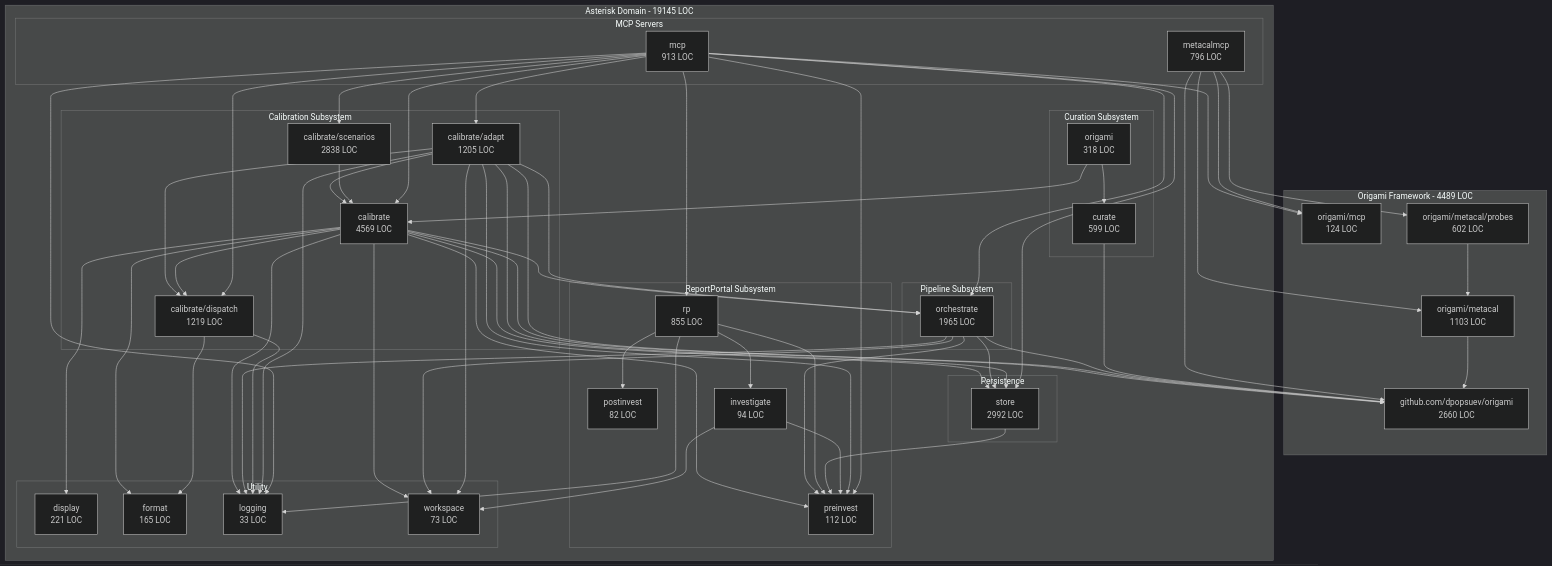
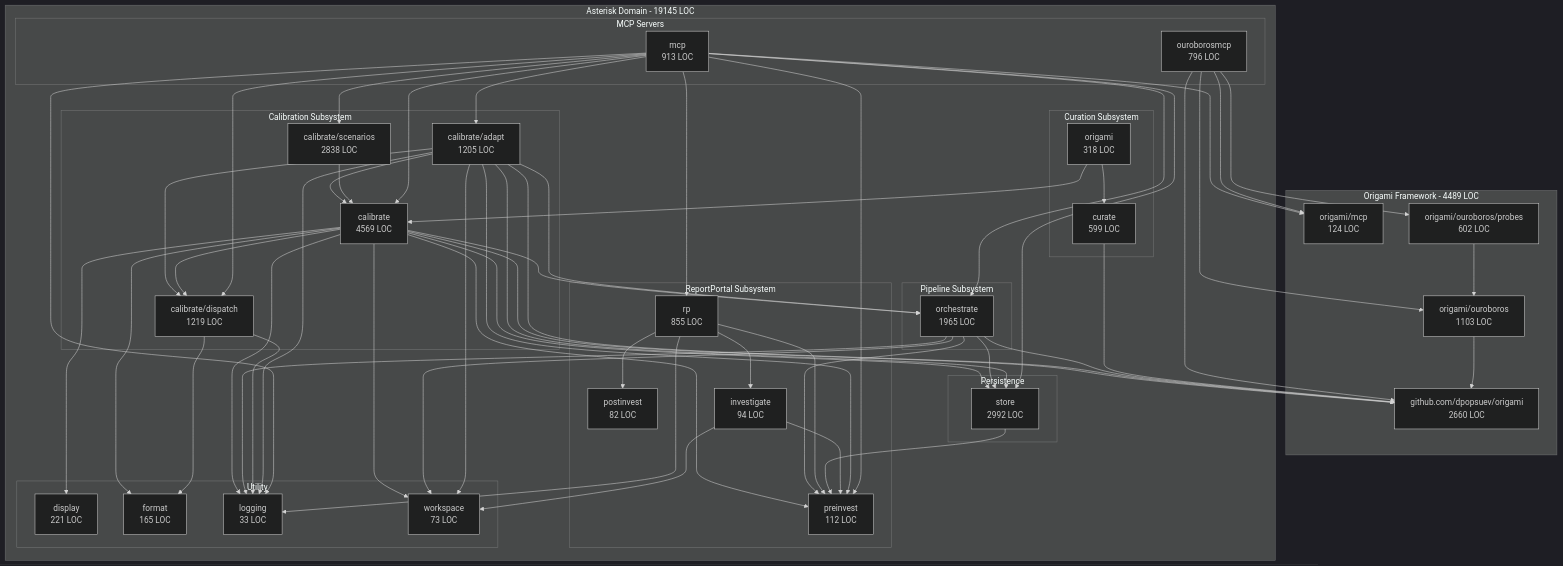
The diagram in .cursor/docs/distillation-manifest.md (dpopsuev/origami), drawn with Mermaid (dark theme) before and after one commit. The commit also changed other lines of this file and 107 other files, not shown here.

First line of the commit message:
refactor(origami): rename metacal -> ouroboros across packages and CLI

````diff
--- a/.cursor/docs/distillation-manifest.md
+++ b/.cursor/docs/distillation-manifest.md
@@ -57,10 +57,10 @@
     subgraph origami [Origami Framework - 4489 LOC]
         fw["github.com/dpopsuev/origami<br/>2660 LOC"]
         fwmcp["origami/mcp<br/>124 LOC"]
-        metacal["origami/metacal<br/>1103 LOC"]
-        probes["origami/metacal/probes<br/>602 LOC"]
-        metacal --> fw
-        probes --> metacal
+        ouroboros["origami/ouroboros<br/>1103 LOC"]
+        probes["origami/ouroboros/probes<br/>602 LOC"]
+        ouroboros --> fw
+        probes --> ouroboros
     end
 
     subgraph domain [Asterisk Domain - 19145 LOC]
@@ -99,7 +99,7 @@
 
         subgraph servers [MCP Servers]
             mcpsvr["mcp<br/>913 LOC"]
-            metacalmcpsvr["metacalmcp<br/>796 LOC"]
+            ouroborosmcpsvr["ouroborosmcp<br/>796 LOC"]
         end
 
         subgraph utility [Utility]
@@ -150,8 +150,8 @@
     orch --> fw
     curate --> fw
     mcpsvr --> fwmcp
-    metacalmcpsvr --> fw
-    metacalmcpsvr --> fwmcp
-    metacalmcpsvr --> metacal
-    metacalmcpsvr --> probes
+    ouroborosmcpsvr --> fw
+    ouroborosmcpsvr --> fwmcp
+    ouroborosmcpsvr --> ouroboros
+    ouroborosmcpsvr --> probes
 ```
````
